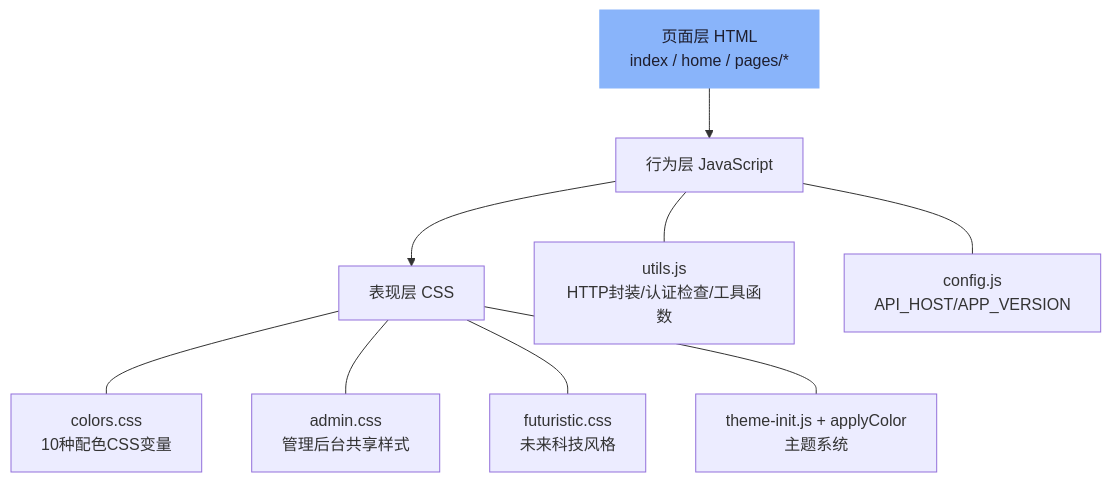
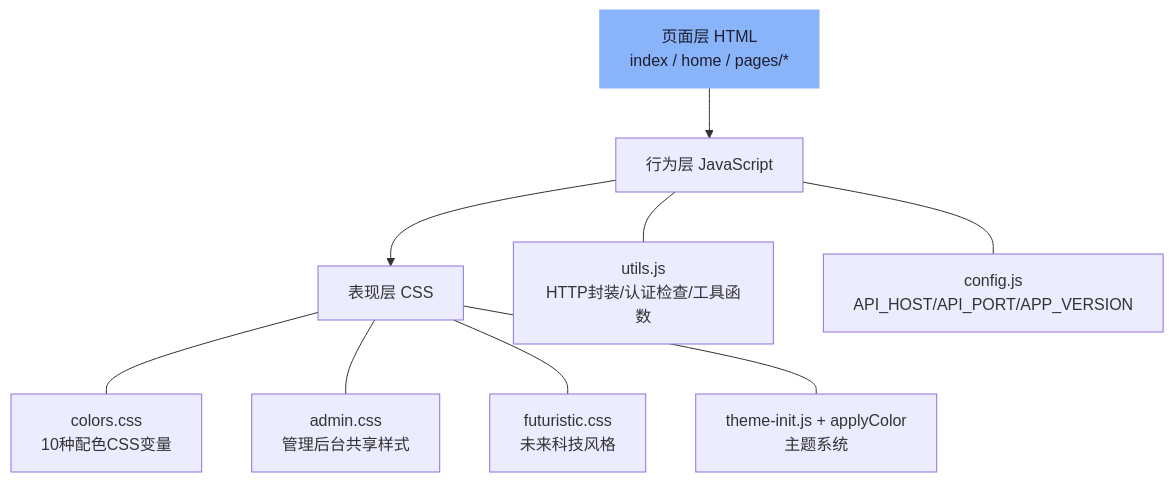
One commit to finalreality/obsidian-vault changed the sixth of 11 diagrams in 未命名 1.md. Above: the diagram before and after it, drawn with Mermaid. The commit also changed other lines of this file, not shown here.

````diff
--- a/未命名 1.md
+++ b/未命名 1.md
@@ -560,20 +566,20 @@
 ```mermaid
 graph TD
     html-pages["页面层 HTML\nindex / home / pages/*"]
     js-behavior["行为层 JavaScript"]
     css-layer["表现层 CSS"]
 
     html-pages --> js-behavior
     js-behavior --> css-layer
 
     js-behavior --- utils-js["utils.js\nHTTP封装/认证检查/工具函数"]
-    js-behavior --- config-js["config.js\nAPI_HOST/APP_VERSION"]
+    js-behavior --- config-js["config.js\nAPI_HOST/API_PORT/APP_VERSION"]
 
     css-layer --- colors-css["colors.css\n10种配色CSS变量"]
     css-layer --- admin-css["admin.css\n管理后台共享样式"]
     css-layer --- futuristic-css["futuristic.css\n未来科技风格"]
     css-layer --- theme-js["theme-init.js + applyColor\n主题系统"]
 
     classDef entry fill:#89b4fa,stroke:#89b4fa,color:#1e1e2e
     class html-pages entry
 ```
````
